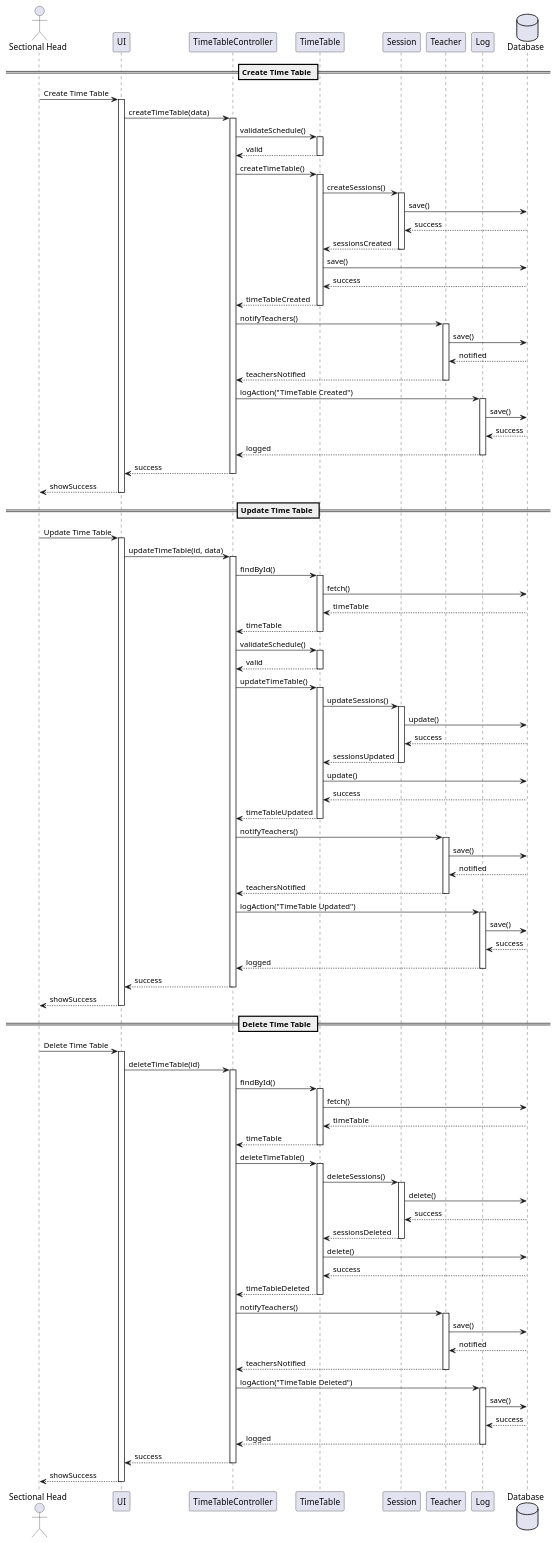
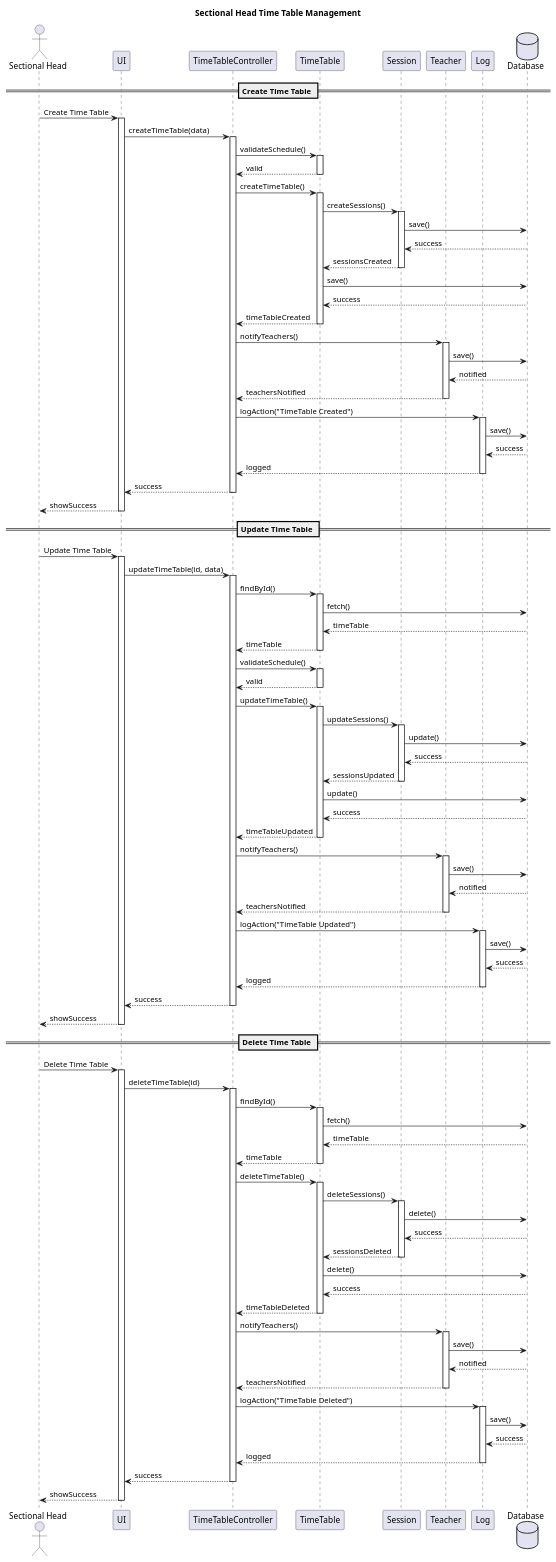
One commit to AdithyaSean/School-Management-System changed the diagram in docs/sequence/sectional-head-time-table-management.puml. Above: the diagram before and after it, drawn with PlantUML. The commit also changed 15 other files, not shown here.

Commit message:
Add titles to use case and sequence diagrams; create new diagrams for attendance, profile, communication, and authentication management

```diff
--- a/docs/sequence/sectional-head-time-table-management.puml
+++ b/docs/sequence/sectional-head-time-table-management.puml
@@ -1,153 +1,154 @@
 @startuml Sectional Head Time Table Management
+title Sectional Head Time Table Management
 
 actor "Sectional Head" as SH
 participant "UI" as UI
 participant "TimeTableController" as TC
 participant "TimeTable" as TT
 participant "Session" as S
 participant "Teacher" as T
 participant "Log" as L
 database "Database" as DB
 
 == Create Time Table ==
 SH -> UI: Create Time Table
 activate UI
 UI -> TC: createTimeTable(data)
 activate TC
 
 TC -> TT: validateSchedule()
 activate TT
 TT --> TC: valid
 deactivate TT
 
 TC -> TT: createTimeTable()
 activate TT
 TT -> S: createSessions()
 activate S
 S -> DB: save()
 DB --> S: success
 S --> TT: sessionsCreated
 deactivate S
 
 TT -> DB: save()
 DB --> TT: success
 TT --> TC: timeTableCreated
 deactivate TT
 
 TC -> T: notifyTeachers()
 activate T
 T -> DB: save()
 DB --> T: notified
 T --> TC: teachersNotified
 deactivate T
 
 TC -> L: logAction("TimeTable Created")
 activate L
 L -> DB: save()
 DB --> L: success
 L --> TC: logged
 deactivate L
 
 TC --> UI: success
 deactivate TC
 UI --> SH: showSuccess
 deactivate UI
 
 == Update Time Table ==
 SH -> UI: Update Time Table
 activate UI
 UI -> TC: updateTimeTable(id, data)
 activate TC
 
 TC -> TT: findById()
 activate TT
 TT -> DB: fetch()
 DB --> TT: timeTable
 TT --> TC: timeTable
 deactivate TT
 
 TC -> TT: validateSchedule()
 activate TT
 TT --> TC: valid
 deactivate TT
 
 TC -> TT: updateTimeTable()
 activate TT
 TT -> S: updateSessions()
 activate S
 S -> DB: update()
 DB --> S: success
 S --> TT: sessionsUpdated
 deactivate S
 
 TT -> DB: update()
 DB --> TT: success
 TT --> TC: timeTableUpdated
 deactivate TT
 
 TC -> T: notifyTeachers()
 activate T
 T -> DB: save()
 DB --> T: notified
 T --> TC: teachersNotified
 deactivate T
 
 TC -> L: logAction("TimeTable Updated")
 activate L
 L -> DB: save()
 DB --> L: success
 L --> TC: logged
 deactivate L
 
 TC --> UI: success
 deactivate TC
 UI --> SH: showSuccess
 deactivate UI
 
 == Delete Time Table ==
 SH -> UI: Delete Time Table
 activate UI
 UI -> TC: deleteTimeTable(id)
 activate TC
 
 TC -> TT: findById()
 activate TT
 TT -> DB: fetch()
 DB --> TT: timeTable
 TT --> TC: timeTable
 deactivate TT
 
 TC -> TT: deleteTimeTable()
 activate TT
 TT -> S: deleteSessions()
 activate S
 S -> DB: delete()
 DB --> S: success
 S --> TT: sessionsDeleted
 deactivate S
 
 TT -> DB: delete()
 DB --> TT: success
 TT --> TC: timeTableDeleted
 deactivate TT
 
 TC -> T: notifyTeachers()
 activate T
 T -> DB: save()
 DB --> T: notified
 T --> TC: teachersNotified
 deactivate T
 
 TC -> L: logAction("TimeTable Deleted")
 activate L
 L -> DB: save()
 DB --> L: success
 L --> TC: logged
 deactivate L
 
 TC --> UI: success
 deactivate TC
 UI --> SH: showSuccess
 deactivate UI
 
 @enduml
```
